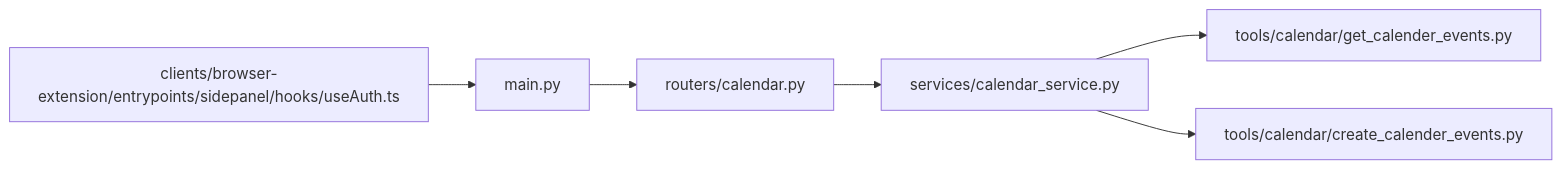
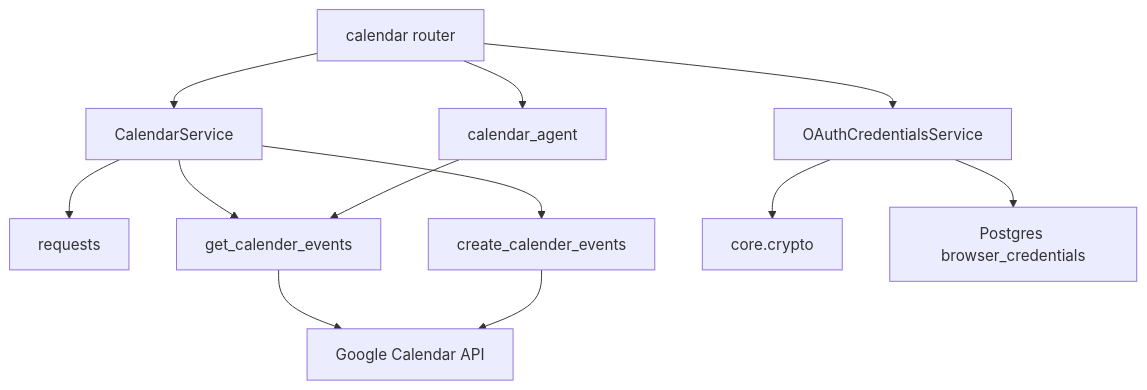
The sixth of 6 diagrams in src/data/docs/agentic-browser/API Server/Calendar Integration API.md (tashifkhan/tashif.codes), drawn with Mermaid before and after one commit. The commit also changed other lines of this file and 114 other files, not shown here.

````diff
--- a/src/data/docs/agentic-browser/API Server/Calendar Integration API.md
+++ b/src/data/docs/agentic-browser/API Server/Calendar Integration API.md
@@ -146,8 +178,14 @@
 ```mermaid
-graph LR
-API["main.py"] --> R["routers/calendar.py"]
-R --> S["services/calendar_service.py"]
-S --> T1["tools/calendar/get_calender_events.py"]
-S --> T2["tools/calendar/create_calender_events.py"]
-FE["clients/browser-extension/entrypoints/sidepanel/hooks/useAuth.ts"] --> API
+graph TB
+  CAL["calendar router"] --> CALS["CalendarService"]
+  CAL --> OC["OAuthCredentialsService"]
+  CAL --> CAA["calendar_agent"]
+  CALS --> REQ["requests"]
+  CALS --> GT["get_calender_events"]
+  CALS --> CT["create_calender_events"]
+  CAA --> GT
+  OC --> CR["core.crypto"]
+  OC --> DB["Postgres browser_credentials"]
+  GT --> GAPI["Google Calendar API"]
+  CT --> GAPI
 ```
````
